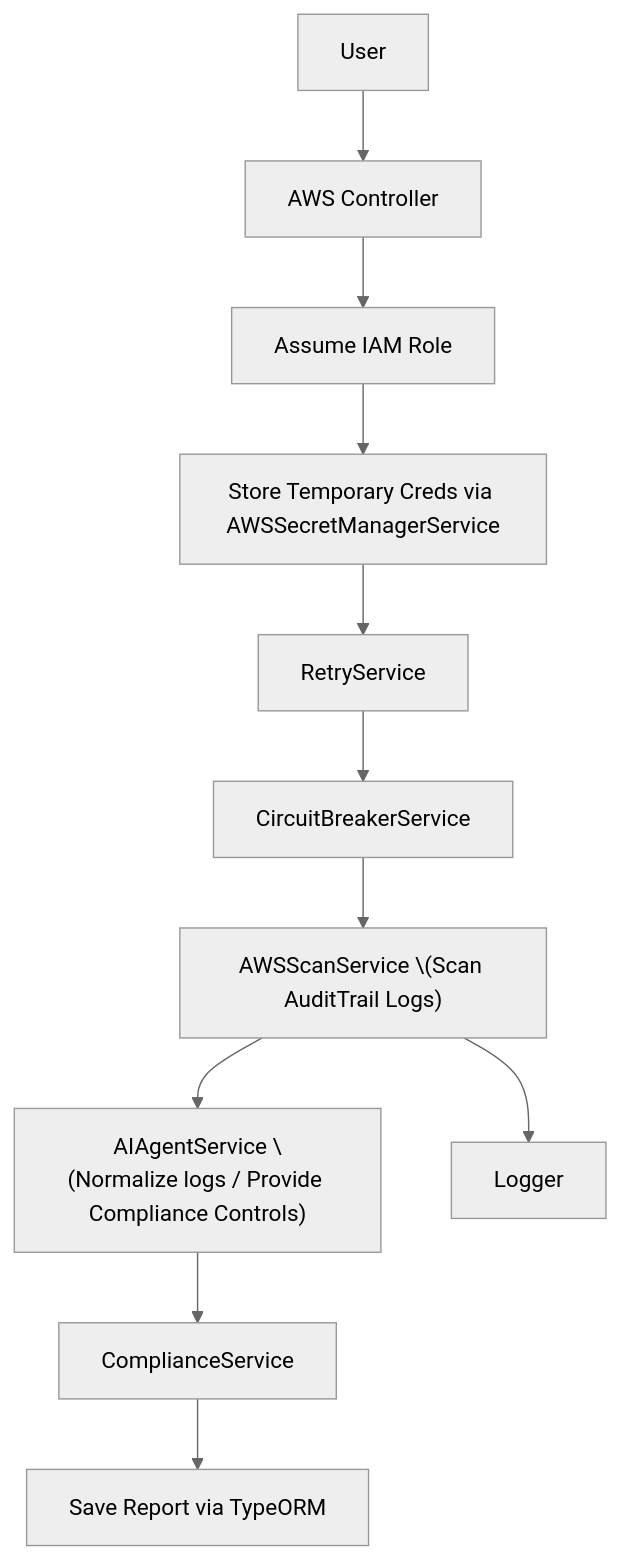
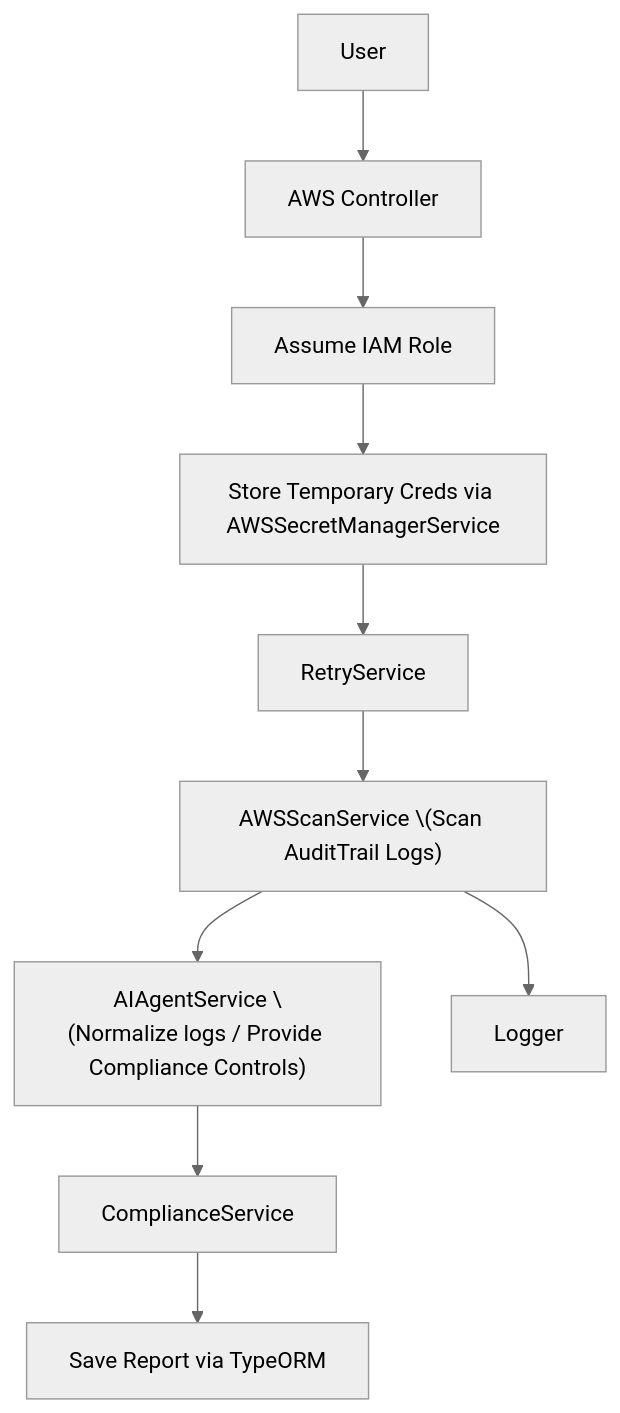
One commit to SergiuT/audit-forge changed the diagram in docs/aws.md. Above: the diagram before and after it, drawn with Mermaid (neutral theme). The commit also changed 4 other files, not shown here.

Commit message:
Update diagrams

````diff
--- a/docs/aws.md
+++ b/docs/aws.md
@@ -1,13 +1,12 @@
 ```mermaid
 graph TD;
     User[User] --> AWSController["AWS Controller"];
     AWSController --> AssumeRole["Assume IAM Role"];
     AssumeRole --> TempCreds["Store Temporary Creds via AWSSecretManagerService"];
     TempCreds --> Retry["RetryService"];
-    Retry --> Circuit["CircuitBreakerService"];
-    Circuit --> AWSScan["AWSScanService \(Scan AuditTrail Logs)"];
+    Retry --> AWSScan["AWSScanService \(Scan AuditTrail Logs)"];
     AWSScan --> AIAgent["AIAgentService \(Normalize logs / Provide Compliance Controls)"]
     AIAgent --> Compliance["ComplianceService"];
     Compliance --> DB["Save Report via TypeORM"];
     AWSScan --> Logger["Logger"];
 ```
````
